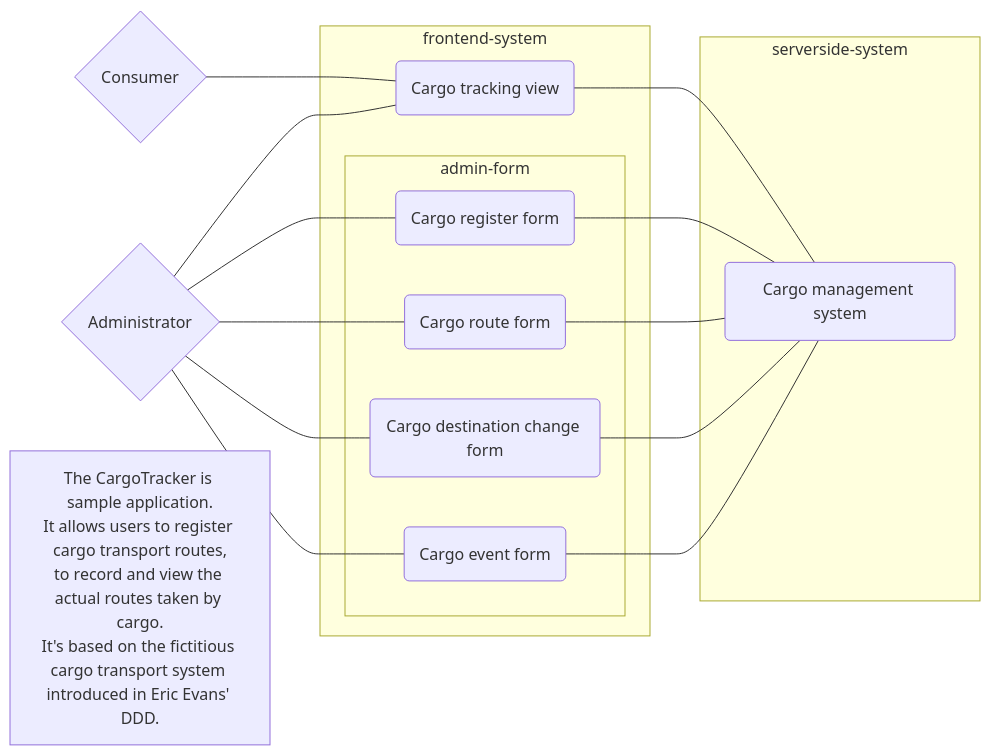
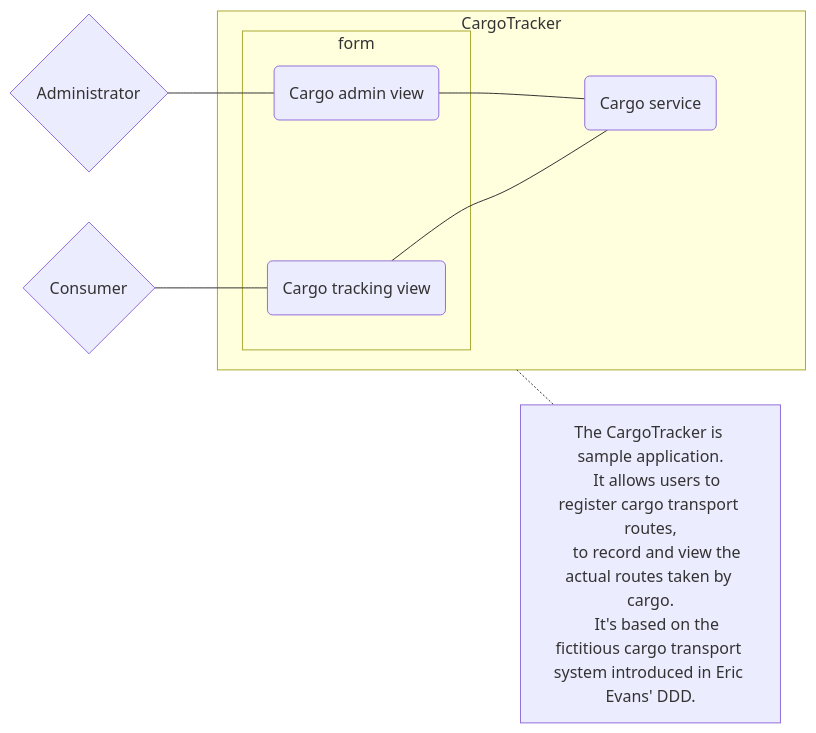
The first of 2 diagrams in doc/system-design.md (hohihohi/typescript-cargo-tracker), drawn with Mermaid before and after one commit. The commit also changed other lines of this file, not shown here.

Commit message:
docs(sytem-design): add use case diagram

````diff
--- a/doc/system-design.md
+++ b/doc/system-design.md
@@ -5,56 +8,42 @@
 ```mermaid
+%% https://mermaid.js.org/syntax/flowchart.html
+
 flowchart LR
-%% Users
-%% {}: diamond
-AdminActor{Administrator}
-UseActor{Consumer}
-
-%% Use cases
-%% (): rounded rectangle
-TrackingFormU(Cargo tracking view)
-ResisterFormU(Cargo register form)
-RouteFormU(Cargo route form)
-DestinationFormU(Cargo destination change form)
-EventFormU(Cargo event form)
-CargoSystemU(Cargo management system)
-
-%% Notes
-%% []: rectangle
-N[The CargoTracker is sample application.
-It allows users to register cargo transport routes,
-to record and view the actual routes taken by cargo.
-It's based on the fictitious cargo transport system introduced in Eric Evans' DDD.
-]
-
-%% Groups
-subgraph frontend-system
-    TrackingFormU
+    %% Users
+    %% {}: diamond
+    AdminActor{Administrator}
+    UseActor{Consumer}
     
-    subgraph admin-form
-        ResisterFormU
-        RouteFormU
-        DestinationFormU
-        EventFormU    
+    %% Use cases
+    %% (): rounded rectangle
+    CommonFormU(Cargo tracking view)
+    AdminFormU(Cargo admin view)
+    CargoSystemU(Cargo service)
+    
+    
+    %% Notes
+    %% []: rectangle
+    N[The CargoTracker is sample application.
+    It allows users to register cargo transport routes,
+    to record and view the actual routes taken by cargo.
+    It's based on the fictitious cargo transport system introduced in Eric Evans' DDD.
+    ]
+    
+    %% Groups
+    subgraph CargoTracker
+        CargoSystemU
+        subgraph form
+            CommonFormU
+            AdminFormU
+        end
     end
-end
-
-subgraph serverside-system
-    CargoSystemU
-end
-
-
-%% Arrows
-%% --> arrow, ==> bold arrow, --- line, -.- dotted line, === bold line
-UseActor --- TrackingFormU
-AdminActor --- TrackingFormU
-AdminActor --- ResisterFormU
-AdminActor --- RouteFormU
-AdminActor --- DestinationFormU
-AdminActor --- EventFormU
-
-TrackingFormU --- CargoSystemU
-ResisterFormU --- CargoSystemU
-RouteFormU --- CargoSystemU
-DestinationFormU --- CargoSystemU
-EventFormU --- CargoSystemU
+    
+    %% Arrows
+    %% --> arrow, ==> bold arrow, --- line, -.- dotted line, === bold line
+    UseActor --- CommonFormU
+    AdminActor --- AdminFormU
+    
+    CommonFormU --- CargoSystemU
+    AdminFormU --- CargoSystemU
+    CargoTracker -.- N
 ```
````
